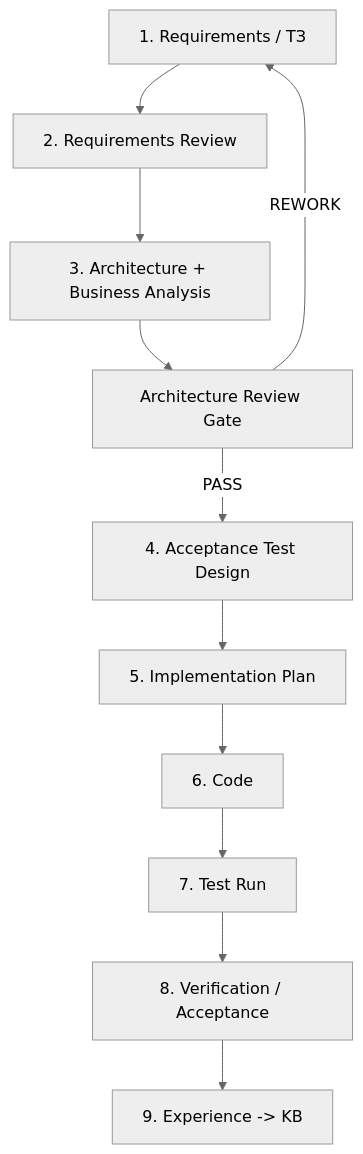
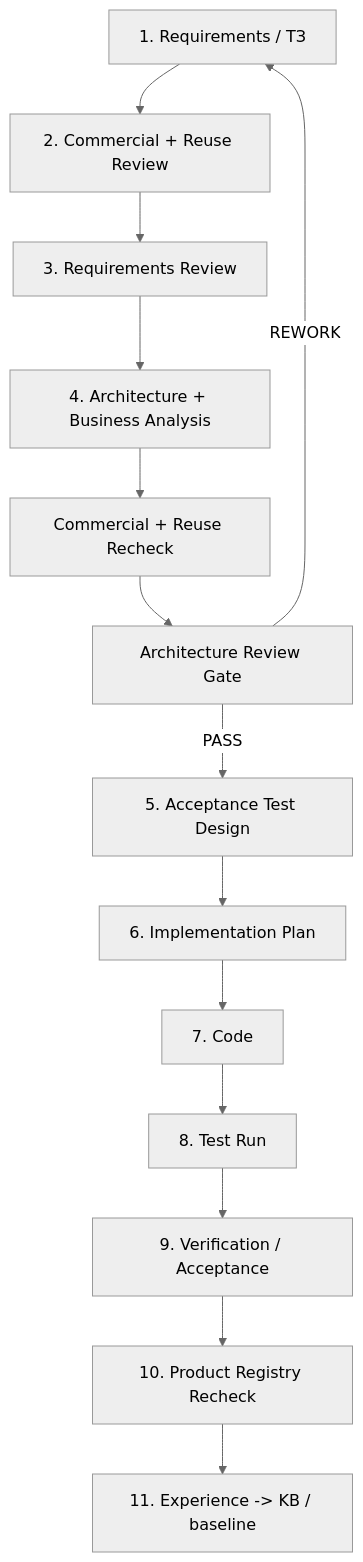
The second of 2 diagrams in README.md (VictorKVS/OSINT_deepseek), drawn with Mermaid (neutral theme) before and after one commit. The commit also changed other lines of this file, not shown here.

Commit message:
docs: link commercial product direction from README

````diff
--- a/README.md
+++ b/README.md
@@ -27,13 +29,16 @@
 ```mermaid
 flowchart TD
-    R[1. Requirements / ТЗ] --> RV[2. Requirements Review]
-    RV --> A[3. Architecture + Business Analysis]
-    A --> AV[Architecture Review Gate]
-    AV -->|PASS| T[4. Acceptance Test Design]
+    R[1. Requirements / ТЗ] --> CR[2. Commercial + Reuse Review]
+    CR --> RV[3. Requirements Review]
+    RV --> A[4. Architecture + Business Analysis]
+    A --> CR2[Commercial + Reuse Recheck]
+    CR2 --> AV[Architecture Review Gate]
+    AV -->|PASS| T[5. Acceptance Test Design]
     AV -->|REWORK| R
-    T --> P[5. Implementation Plan]
-    P --> C[6. Code]
-    C --> TR[7. Test Run]
-    TR --> V[8. Verification / Acceptance]
-    V --> E[9. Experience -> KB]
+    T --> P[6. Implementation Plan]
+    P --> C[7. Code]
+    C --> TR[8. Test Run]
+    TR --> V[9. Verification / Acceptance]
+    V --> PR[10. Product Registry Recheck]
+    PR --> E[11. Experience -> KB / baseline]
 ```
````
